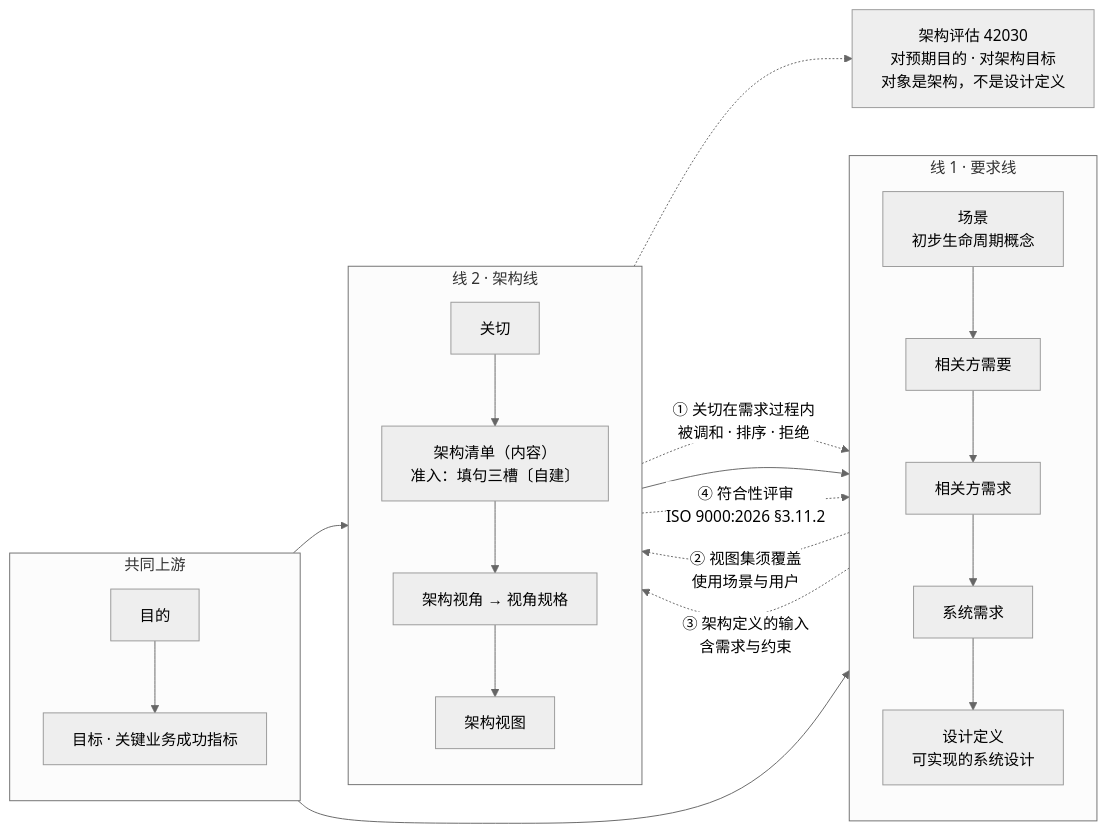
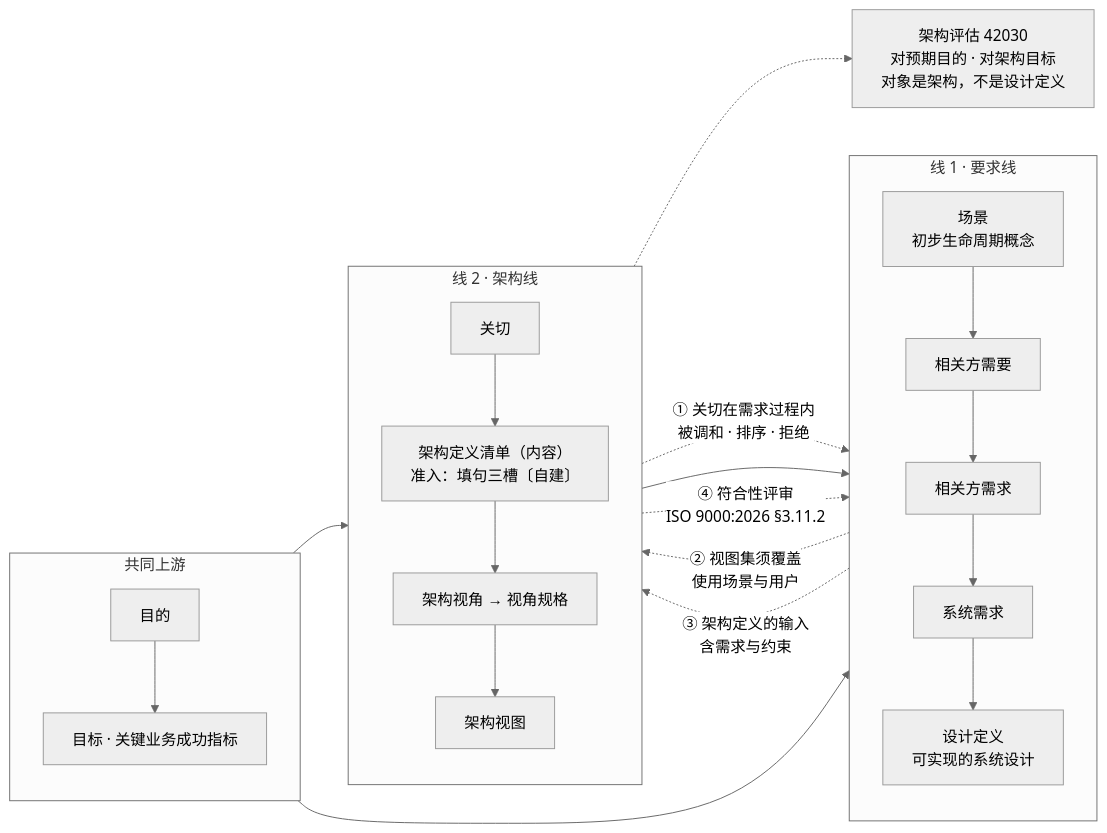
Before and after one commit to Yongjunzhou/business-Engineering: the first of 2 diagrams in 10-系统工程研究/00-系统工程相关研究报告/34-架构与设计过程模型研究报告-从术语定义到双线过程.md, drawn with Mermaid (neutral theme). The commit also changed other lines of this file and 2 other files, not shown here.

````diff
--- a/10-系统工程研究/00-系统工程相关研究报告/34-架构与设计过程模型研究报告-从术语定义到双线过程.md
+++ b/10-系统工程研究/00-系统工程相关研究报告/34-架构与设计过程模型研究报告-从术语定义到双线过程.md
@@ -554,40 +316,40 @@
 ```mermaid
 flowchart LR
   subgraph UP["共同上游"]
     direction TB
     P1["目的"]
     P2["目标 · 关键业务成功指标"]
     P1 --> P2
   end
 
   subgraph L1["线 1 · 要求线"]
     direction TB
     A1["场景<br/>初步生命周期概念"]
     A2["相关方需要"]
     A3["相关方需求"]
     A4["系统需求"]
     A5["设计定义<br/>可实现的系统设计"]
     A1 --> A2 --> A3 --> A4 --> A5
   end
 
   subgraph L2["线 2 · 架构线"]
     direction TB
     B1["关切"]
-    B2["架构清单（内容）<br/>准入：填句三槽〔自建〕"]
+    B2["架构定义清单（内容）<br/>准入：填句三槽〔自建〕"]
     B3["架构视角 → 视角规格"]
     B4["架构视图"]
     B1 --> B2 --> B3 --> B4
   end
 
   P2 --> A1
   P2 --> B1
 
   B1 -. "① 关切在需求过程内<br/>被调和 · 排序 · 拒绝" .-> A3
   A1 -. "② 视图集须覆盖<br/>使用场景与用户" .-> B4
   A4 -. "③ 架构定义的输入<br/>含需求与约束" .-> B2
   B2 --> A5
   B4 -. "④ 符合性评审<br/>ISO 9000:2026 §3.11.2" .-> A5
 
   J4["架构评估 42030<br/>对预期目的 · 对架构目标<br/>对象是架构，不是设计定义"]
   B2 -.-> J4
 ```
````
